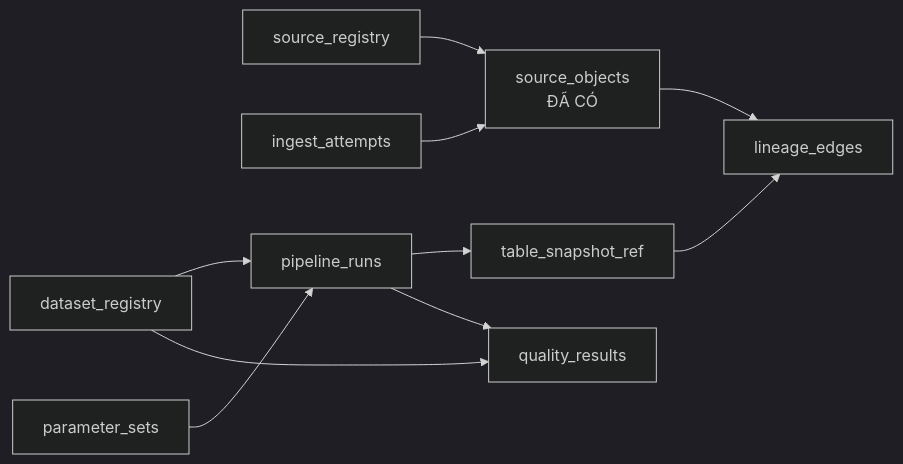
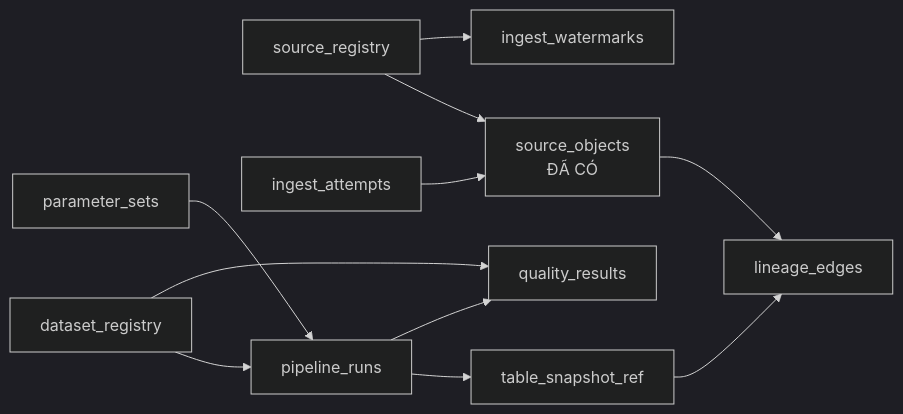
Before and after one commit to cloud-vmih/flood-lake-kg: the first of 5 diagrams in docs/schema_contract/data.md, drawn with Mermaid (dark theme). The commit also changed other lines of this file and 43 other files, not shown here.

````diff
--- a/docs/schema_contract/data.md
+++ b/docs/schema_contract/data.md
@@ -28,12 +28,13 @@
 ```mermaid
 flowchart LR
   SR["source_registry"] --> SO["source_objects<br/>ĐÃ CÓ"]
+  SR --> IW["ingest_watermarks"]
   IA["ingest_attempts"] --> SO
   DR["dataset_registry"] --> PR["pipeline_runs"]
   PS["parameter_sets"] --> PR
   PR --> TR["table_snapshot_ref"]
   PR --> QR["quality_results"]
   TR --> LE["lineage_edges"]
   SO --> LE
   DR --> QR
 ```
````
